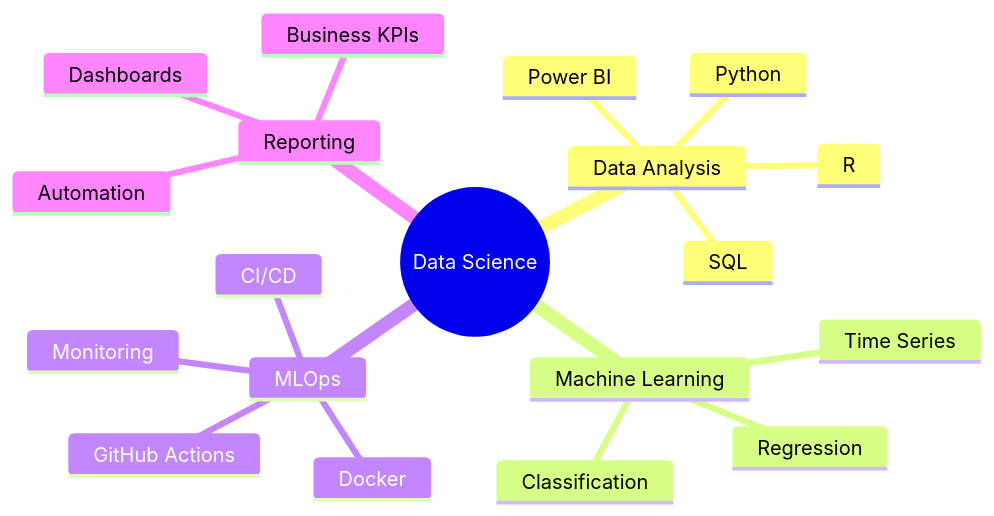
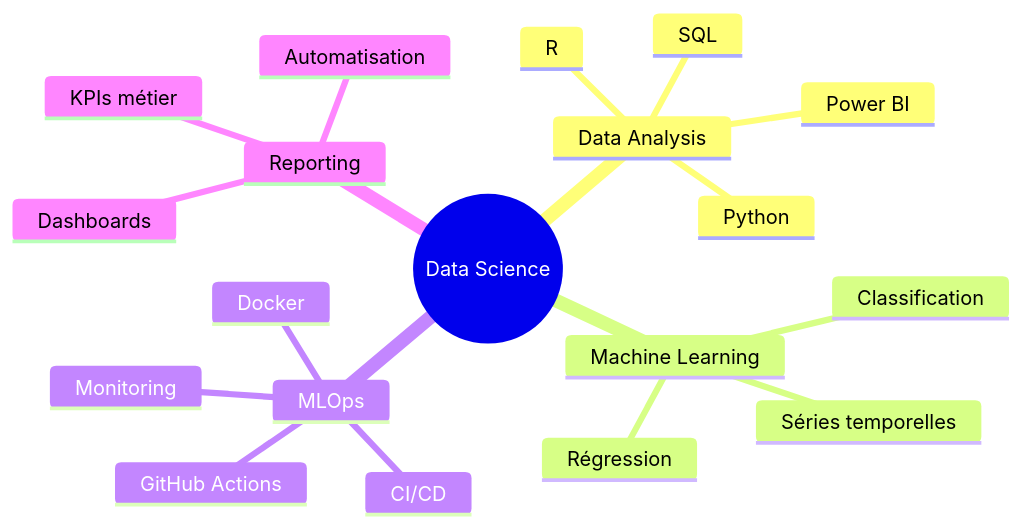
The third of 4 diagrams in README.md (bileisaac/bileisaac), drawn with Mermaid before and after one commit. The commit also changed other lines of this file, not shown here.

````diff
--- a/README.md
+++ b/README.md
@@ -106,22 +112,22 @@
 ```mermaid
 mindmap
   root((Data Science))
     Data Analysis
       SQL
       Power BI
       Python
       R
     Machine Learning
-      Regression
+      Régression
       Classification
-      Time Series
+      Séries temporelles
     MLOps
       Docker
       CI/CD
       GitHub Actions
       Monitoring
     Reporting
-      Automation
+      Automatisation
       Dashboards
-      Business KPIs
+      KPIs métier
 ```
````
